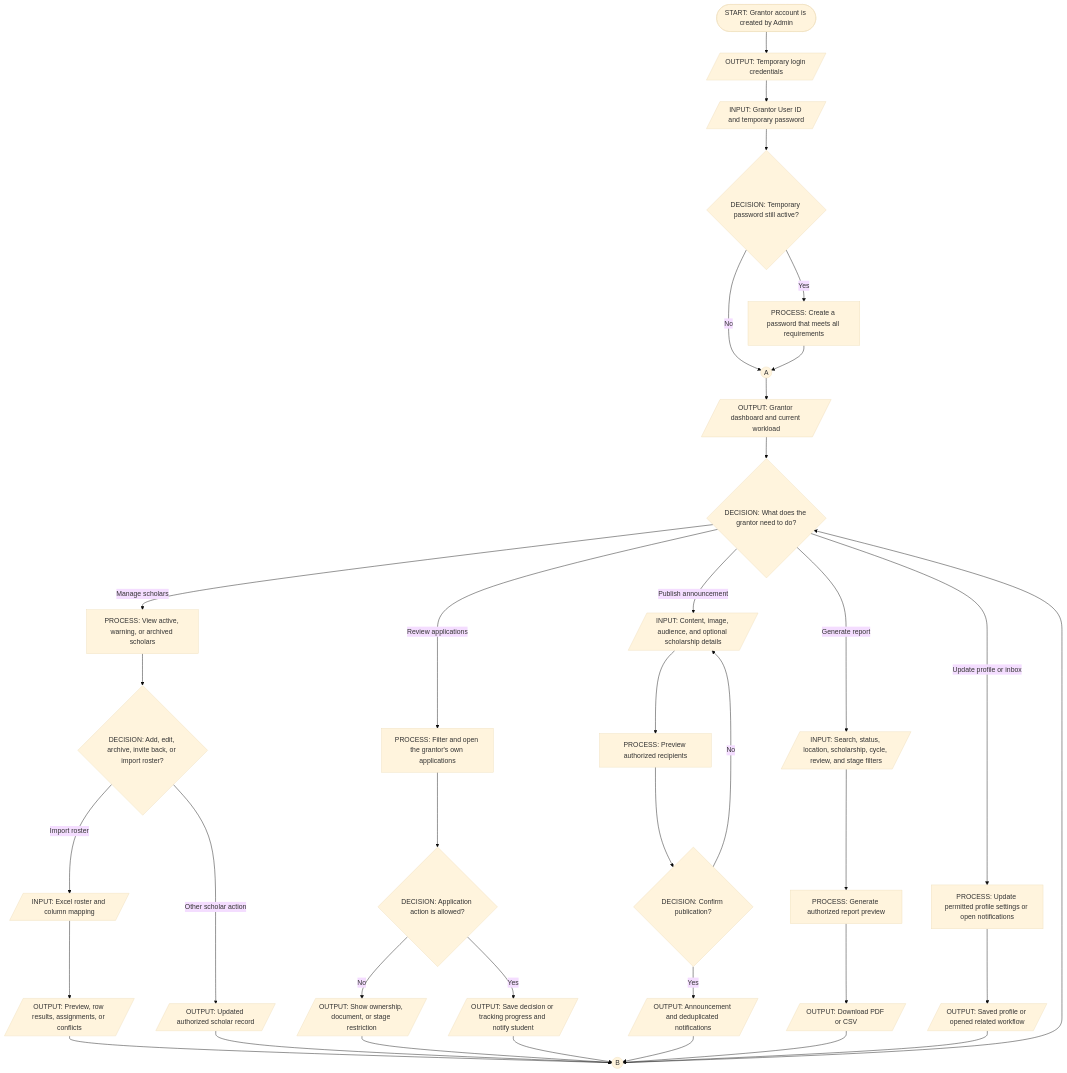
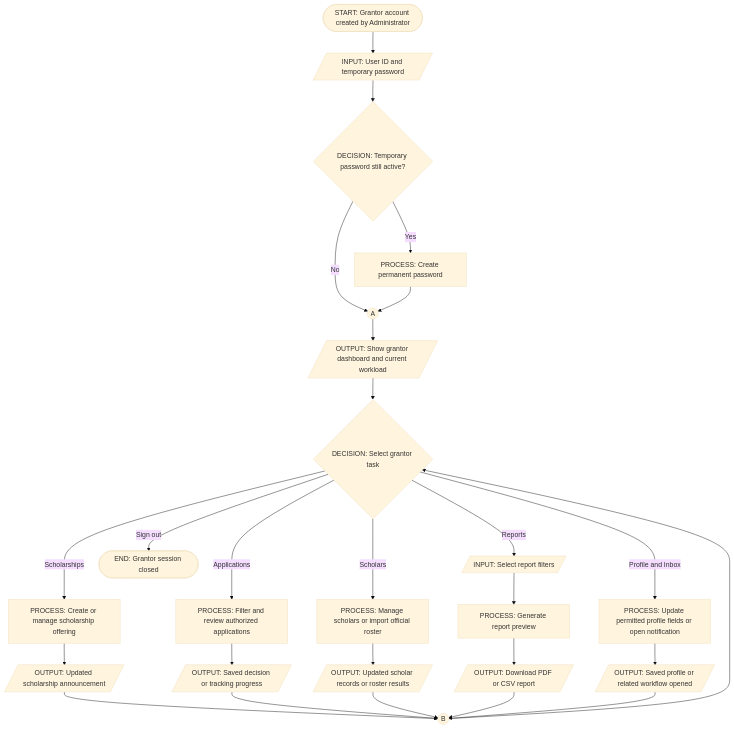
The ninth of 10 diagrams in docs/SystemFlowchart.md (tristan-santos/BulsuScholar), drawn with Mermaid (base theme) before and after one commit. The commit also changed other lines of this file and 18 other files, not shown here.

````diff
--- a/docs/SystemFlowchart.md
+++ b/docs/SystemFlowchart.md
@@ -488,44 +283,35 @@
 ```mermaid
 flowchart TD
-    Start([START: Grantor account is created by Admin]) --> Credentials[/OUTPUT: Temporary login credentials/]
-    Credentials --> Login[/INPUT: Grantor User ID and temporary password/]
-    Login --> Password{DECISION: Temporary password still active?}
-    Password -- Yes --> Change[PROCESS: Create a password that meets all requirements]
-    Password -- No --> Dashboard((A))
+    Start([START: Grantor account created by Administrator]) --> Login[/INPUT: User ID and temporary password/]
+    Login --> Temporary{DECISION: Temporary password still active?}
+    Temporary -- Yes --> Change[PROCESS: Create permanent password]
+    Temporary -- No --> Dashboard((A))
     Change --> Dashboard
-    Dashboard --> Home[/OUTPUT: Grantor dashboard and current workload/]
-    Home --> Task{DECISION: What does the grantor need to do?}
+    Dashboard --> Home[/OUTPUT: Show grantor dashboard and current workload/]
+    Home --> Task{DECISION: Select grantor task}
 
-    Task -- Manage scholars --> Scholars[PROCESS: View active, warning, or archived scholars]
-    Scholars --> ScholarAction{DECISION: Add, edit, archive, invite back, or import roster?}
-    ScholarAction -- Import roster --> Roster[/INPUT: Excel roster and column mapping/]
-    Roster --> RosterOutput[/OUTPUT: Preview, row results, assignments, or conflicts/]
-    ScholarAction -- Other scholar action --> ScholarOutput[/OUTPUT: Updated authorized scholar record/]
+    Task -- Scholarships --> Scholarship[PROCESS: Create or manage scholarship offering]
+    Scholarship --> ScholarshipOutput[/OUTPUT: Updated scholarship announcement/]
 
-    Task -- Review applications --> Applications[PROCESS: Filter and open the grantor's own applications]
-    Applications --> AppDecision{DECISION: Application action is allowed?}
-    AppDecision -- No --> AppBlocked[/OUTPUT: Show ownership, document, or stage restriction/]
-    AppDecision -- Yes --> AppOutput[/OUTPUT: Save decision or tracking progress and notify student/]
+    Task -- Applications --> Applications[PROCESS: Filter and review authorized applications]
+    Applications --> ApplicationOutput[/OUTPUT: Saved decision or tracking progress/]
 
-    Task -- Publish announcement --> Announcement[/INPUT: Content, image, audience, and optional scholarship details/]
-    Announcement --> Audience[PROCESS: Preview authorized recipients]
-    Audience --> Publish{DECISION: Confirm publication?}
-    Publish -- No --> Announcement
-    Publish -- Yes --> Published[/OUTPUT: Announcement and deduplicated notifications/]
+    Task -- Scholars --> Scholars[PROCESS: Manage scholars or import official roster]
+    Scholars --> ScholarOutput[/OUTPUT: Updated scholar records or roster results/]
 
-    Task -- Generate report --> Filters[/INPUT: Search, status, location, scholarship, cycle, review, and stage filters/]
-    Filters --> Preview[PROCESS: Generate authorized report preview]
-    Preview --> Export[/OUTPUT: Download PDF or CSV/]
+    Task -- Reports --> Filters[/INPUT: Select report filters/]
+    Filters --> Report[PROCESS: Generate report preview]
+    Report --> Export[/OUTPUT: Download PDF or CSV report/]
 
-    Task -- Update profile or inbox --> Profile[PROCESS: Update permitted profile settings or open notifications]
-    Profile --> ProfileOutput[/OUTPUT: Saved profile or opened related workflow/]
+    Task -- Profile and Inbox --> Profile[PROCESS: Update permitted profile fields or open notification]
+    Profile --> ProfileOutput[/OUTPUT: Saved profile or related workflow opened/]
 
-    RosterOutput --> Return((B))
+    Task -- Sign out --> End([END: Grantor session closed])
+
+    ScholarshipOutput --> Return((B))
+    ApplicationOutput --> Return
     ScholarOutput --> Return
-    AppBlocked --> Return
-    AppOutput --> Return
-    Published --> Return
     Export --> Return
     ProfileOutput --> Return
     Return --> Task
 ```
````
